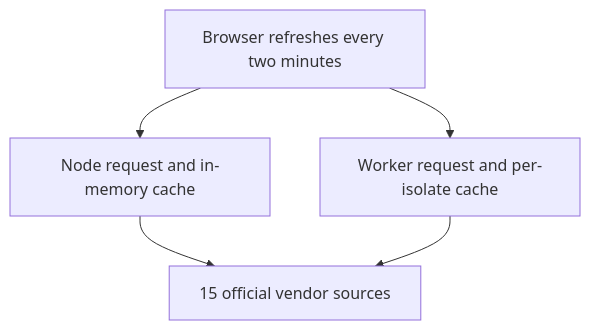
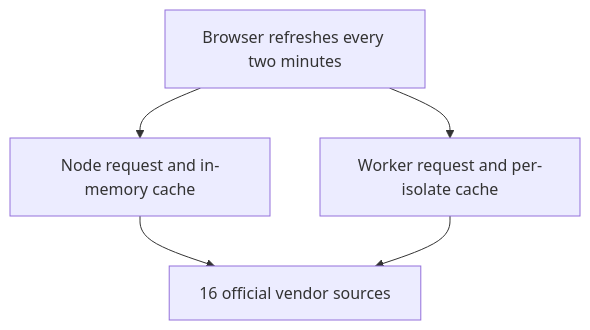
The diagram in README.md (greenblacked/status-page), drawn with Mermaid before and after one commit. The commit also changed other lines of this file and 28 other files, not shown here.

````diff
--- a/README.md
+++ b/README.md
@@ -120,11 +122,11 @@
 ```mermaid
 flowchart TB
-  vendors["15 official vendor sources"]
+  vendors["16 official vendor sources"]
   node["Node request and in-memory cache"]
   worker["Worker request and per-isolate cache"]
   browser["Browser refreshes every two minutes"]
   browser --> node
   browser --> worker
   node --> vendors
   worker --> vendors
 ```
````
